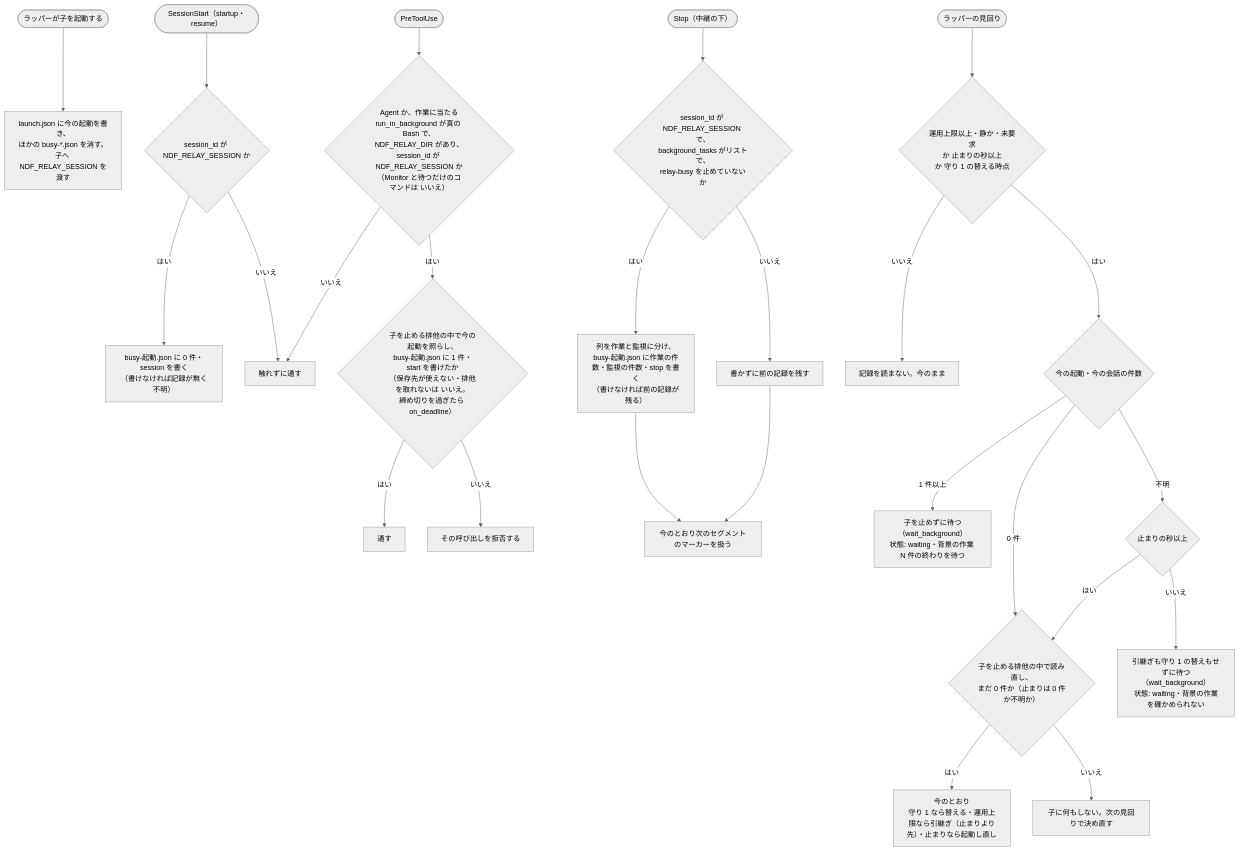
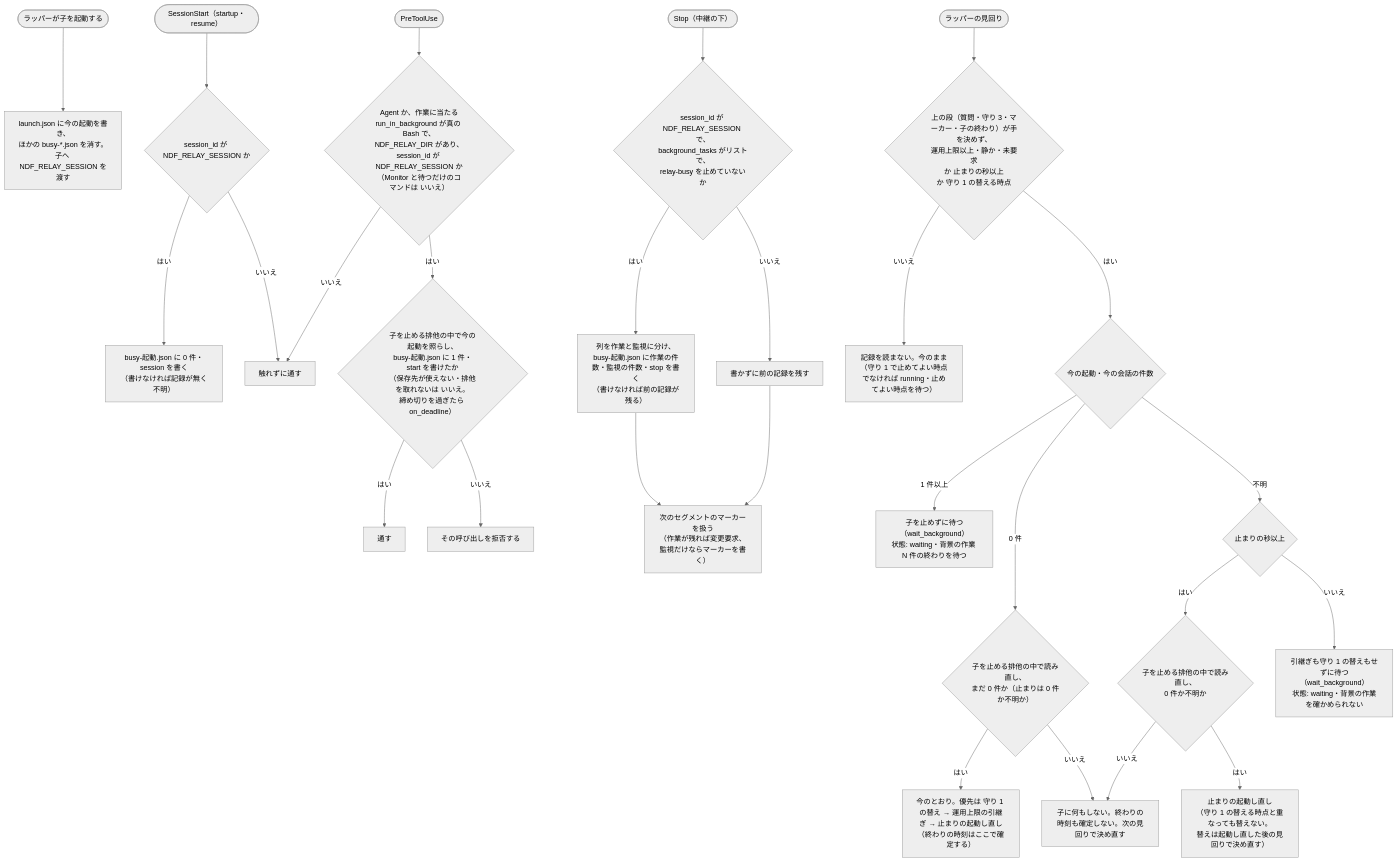
One commit to devbasex/ai-plugins changed the third of 3 diagrams in issues/issue-4049-design.md. Above: the diagram before and after it, drawn with Mermaid (neutral theme). The commit also changed other lines of this file and 1 other file, not shown here.

````diff
--- a/issues/issue-4049-design.md
+++ b/issues/issue-4049-design.md
@@ -95,27 +96,29 @@
 ```mermaid
 flowchart TD
   ST([ラッパーが子を起動する]) --> L0["launch.json に今の起動を書き、<br>ほかの busy-*.json を消す。<br>子へ NDF_RELAY_SESSION を渡す"]
   SS([SessionStart（startup・resume）]) --> SS1{"session_id が NDF_RELAY_SESSION か"}
   SS1 -- はい --> SS2["busy-起動.json に 0 件・session を書く<br>（書けなければ記録が無く不明）"]
   SS1 -- いいえ --> PN
   PT([PreToolUse]) --> P1{"Agent か、作業に当たる<br>run_in_background が真の Bash で、<br>NDF_RELAY_DIR があり、<br>session_id が NDF_RELAY_SESSION か<br>（Monitor と待つだけのコマンドは いいえ）"}
   P1 -- いいえ --> PN[触れずに通す]
   P1 -- はい --> P3{"子を止める排他の中で今の起動を照らし、<br>busy-起動.json に 1 件・start を書けたか<br>（保存先が使えない・排他を取れないは いいえ。<br>締め切りを過ぎたら on_deadline）"}
   P3 -- はい --> PA[通す]
   P3 -- いいえ --> PD[その呼び出しを拒否する]
   SP([Stop（中継の下）]) --> S1{"session_id が NDF_RELAY_SESSION で、<br>background_tasks がリストで、<br>relay-busy を止めていないか"}
   S1 -- いいえ --> SN[書かずに前の記録を残す]
   S1 -- はい --> S3["列を作業と監視に分け、<br>busy-起動.json に作業の件数・監視の件数・stop を書く<br>（書けなければ前の記録が残る）"]
-  S3 --> S4[今のとおり次のセグメントのマーカーを扱う]
+  S3 --> S4["次のセグメントのマーカーを扱う<br>（作業が残れば変更要求、監視だけならマーカーを書く）"]
   SN --> S4
-  Q([ラッパーの見回り]) --> O{"運用上限以上・静か・未要求<br>か 止まりの秒以上<br>か 守り 1 の替える時点"}
-  O -- いいえ --> QN["記録を読まない。今のまま"]
+  Q([ラッパーの見回り]) --> O{"上の段（質問・守り 3・マーカー・子の終わり）が手を決めず、<br>運用上限以上・静か・未要求<br>か 止まりの秒以上<br>か 守り 1 の替える時点"}
+  O -- いいえ --> QN["記録を読まない。今のまま<br>（守り 1 で止めてよい時点でなければ running・止めてよい時点を待つ）"]
   O -- はい --> BG{"今の起動・今の会話の件数"}
   BG -- 0 件 --> RC{"子を止める排他の中で読み直し、<br>まだ 0 件か（止まりは 0 件か不明か）"}
-  RC -- はい --> H["今のとおり<br>守り 1 なら替える・運用上限なら引継ぎ（止まりより先）・止まりなら起動し直し"]
-  RC -- いいえ --> QN2["子に何もしない。次の見回りで決め直す"]
+  RC -- はい --> H["今のとおり。優先は 守り 1 の替え → 運用上限の引継ぎ → 止まりの起動し直し<br>（終わりの時刻はここで確定する）"]
+  RC -- いいえ --> QN2["子に何もしない。終わりの時刻も確定しない。次の見回りで決め直す"]
   BG -- 1 件以上 --> WT["子を止めずに待つ（wait_background）<br>状態: waiting・背景の作業 N 件の終わりを待つ"]
   BG -- 不明 --> U{"止まりの秒以上"}
-  U -- はい --> RC
+  U -- はい --> RS{"子を止める排他の中で読み直し、<br>0 件か不明か"}
+  RS -- はい --> RR["止まりの起動し直し<br>（守り 1 の替える時点と重なっても替えない。<br>替えは起動し直した後の見回りで決め直す）"]
+  RS -- いいえ --> QN2
   U -- いいえ --> WU["引継ぎも守り 1 の替えもせずに待つ（wait_background）<br>状態: waiting・背景の作業を確かめられない"]
 ```
````
